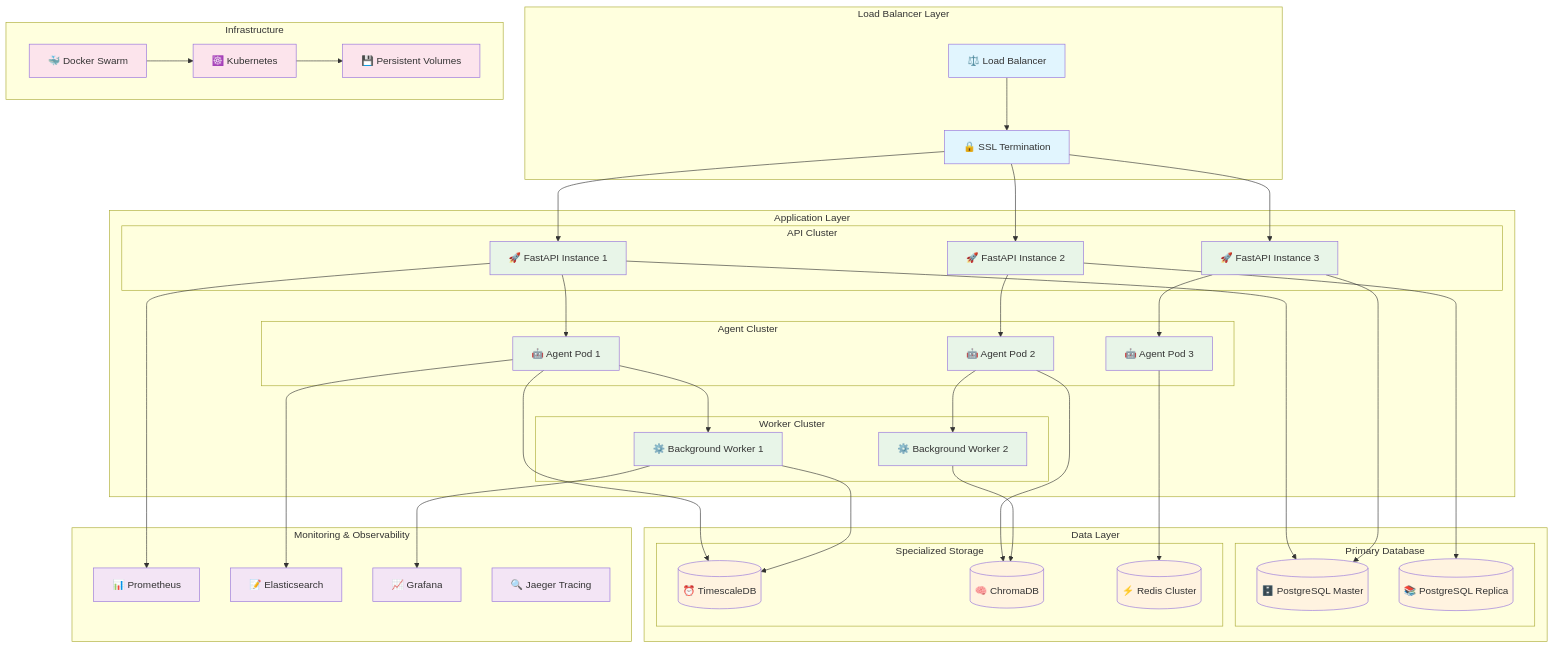
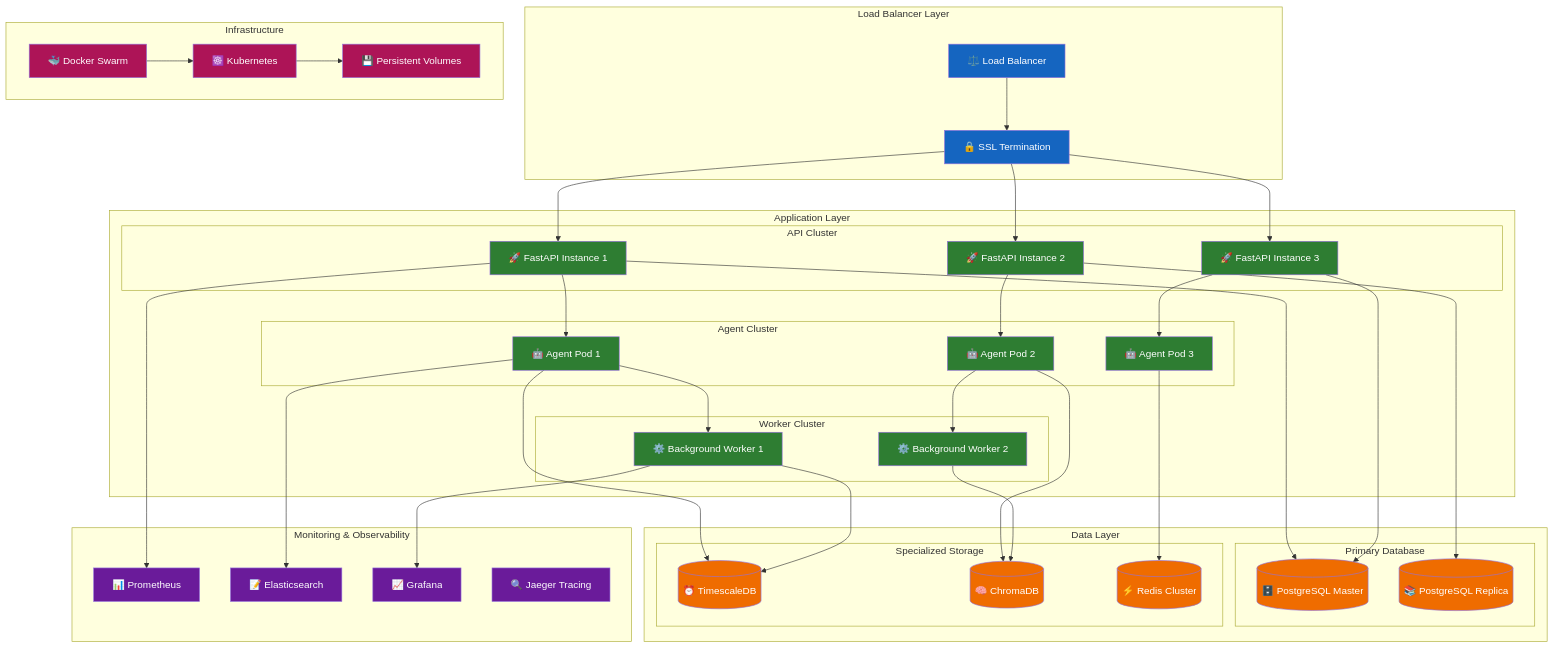
Before and after one commit to YanCotta/enterprise_challenge_sprint_1_hermes_reply: diagram 14 of 16 in smart-maintenance-saas/docs/SYSTEM_AND_ARCHITECTURE.md, drawn with Mermaid. The commit also changed other lines of this file, not shown here.

Commit message:
feat: update class definitions in architecture diagrams for improved clarity and consistency

```diff
--- a/smart-maintenance-saas/docs/SYSTEM_AND_ARCHITECTURE.md
+++ b/smart-maintenance-saas/docs/SYSTEM_AND_ARCHITECTURE.md
@@ -1069,11 +1141,11 @@
     DOCKER --> K8S
     K8S --> STORAGE
 
-    classDef lb fill:#e1f5fe
-    classDef app fill:#e8f5e8
-    classDef data fill:#fff3e0
-    classDef monitor fill:#f3e5f5
-    classDef infra fill:#fce4ec
+    classDef lb fill:#1565C0,color:#ffffff
+    classDef app fill:#2E7D32,color:#ffffff
+    classDef data fill:#EF6C00,color:#ffffff
+    classDef monitor fill:#6A1B9A,color:#ffffff
+    classDef infra fill:#AD1457,color:#ffffff
 
     class LB,SSL lb
     class API1,API2,API3,AGENT1,AGENT2,AGENT3,WORKER1,WORKER2 app
```
